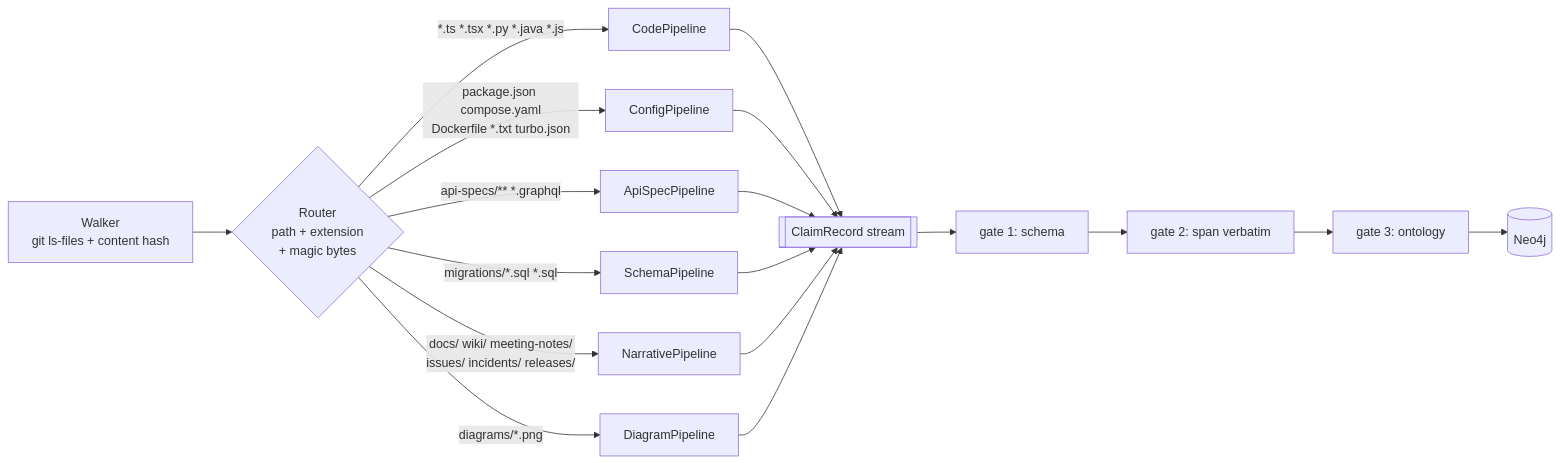
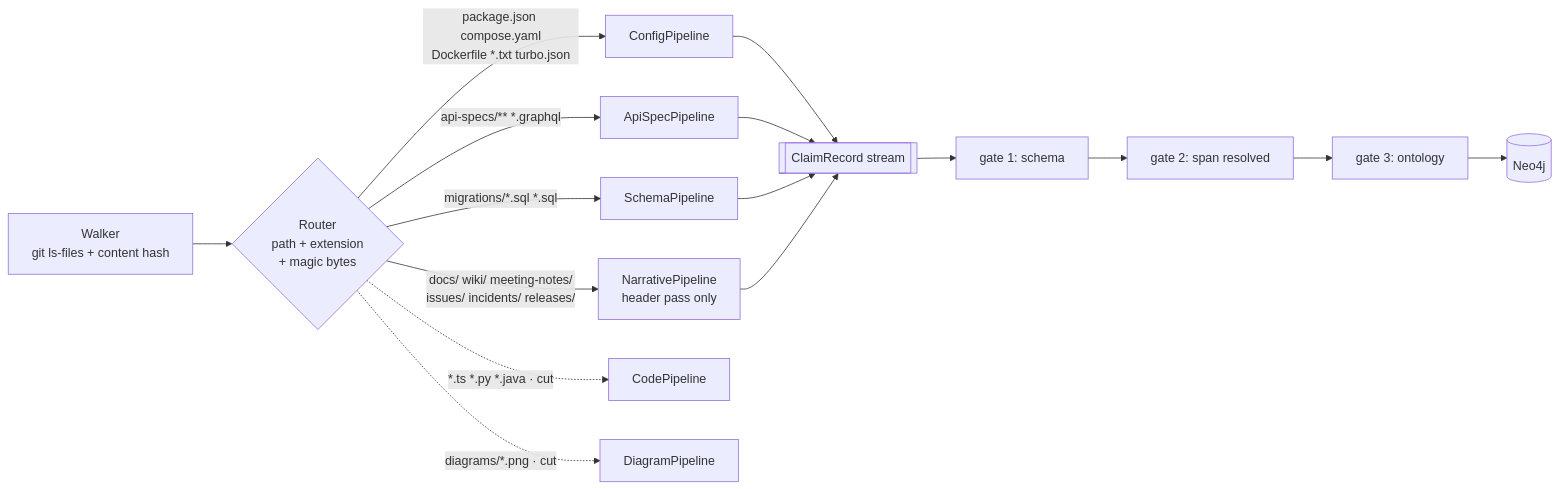
The diagram in docs/05-extraction-pipelines.md (Olek-on4/winning-context-app), drawn with Mermaid before and after one commit. The commit also changed other lines of this file and 14 other files, not shown here.

````diff
--- a/docs/05-extraction-pipelines.md
+++ b/docs/05-extraction-pipelines.md
@@ -34,12 +41,12 @@
 ```mermaid
 flowchart LR
     W["Walker<br/>git ls-files + content hash"] --> R{"Router<br/>path + extension<br/>+ magic bytes"}
-    R -->|"*.ts *.tsx *.py *.java *.js"| P1[CodePipeline]
     R -->|"package.json compose.yaml<br/>Dockerfile *.txt turbo.json"| P2[ConfigPipeline]
     R -->|"api-specs/** *.graphql"| P3[ApiSpecPipeline]
     R -->|"migrations/*.sql *.sql"| P4[SchemaPipeline]
-    R -->|"docs/ wiki/ meeting-notes/<br/>issues/ incidents/ releases/"| P5[NarrativePipeline]
-    R -->|"diagrams/*.png"| P6[DiagramPipeline]
-    P1 & P2 & P3 & P4 & P5 & P6 --> E[["ClaimRecord stream"]]
-    E --> G1["gate 1: schema"] --> G2["gate 2: span verbatim"] --> G3["gate 3: ontology"] --> N[(Neo4j)]
+    R -->|"docs/ wiki/ meeting-notes/<br/>issues/ incidents/ releases/"| P5["NarrativePipeline<br/>header pass only"]
+    R -.->|"*.ts *.py *.java · cut"| P1[CodePipeline]
+    R -.->|"diagrams/*.png · cut"| P6[DiagramPipeline]
+    P2 & P3 & P4 & P5 --> E[["ClaimRecord stream"]]
+    E --> G1["gate 1: schema"] --> G2["gate 2: span resolved"] --> G3["gate 3: ontology"] --> N[(Neo4j)]
 ```
````
